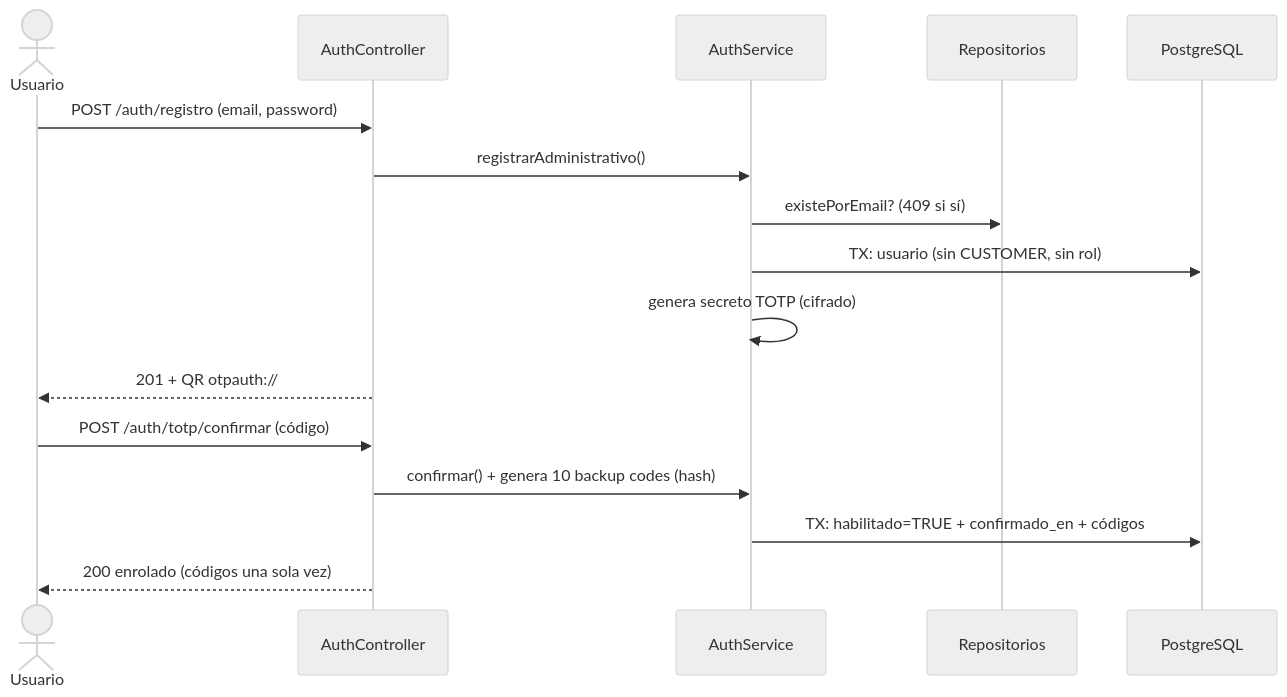
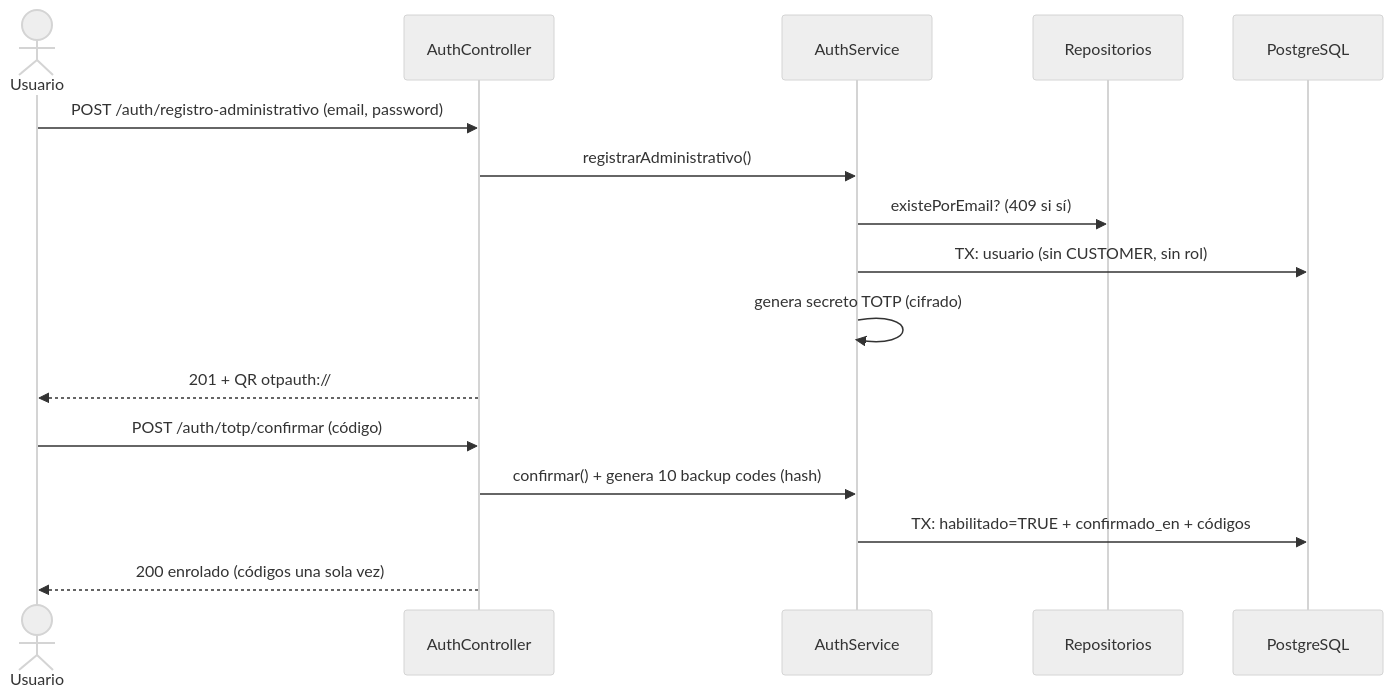
Before and after one commit to LeandroPacsiM/shopify-backend: the first of 6 diagrams in diagramas/04-secuencia-auth.md, drawn with Mermaid (neutral theme). The commit also changed other lines of this file and 11 other files, not shown here.

````diff
--- a/diagramas/04-secuencia-auth.md
+++ b/diagramas/04-secuencia-auth.md
@@ -5,19 +5,19 @@
 ```mermaid
 sequenceDiagram
     actor U as Usuario
     participant C as AuthController
     participant S as AuthService
     participant R as Repositorios
     participant D as PostgreSQL
 
-    U->>C: POST /auth/registro (email, password)
+    U->>C: POST /auth/registro-administrativo (email, password)
     C->>S: registrarAdministrativo()
     S->>R: existePorEmail? (409 si sí)
     S->>D: TX: usuario (sin CUSTOMER, sin rol)
     S->>S: genera secreto TOTP (cifrado)
     C-->>U: 201 + QR otpauth://
     U->>C: POST /auth/totp/confirmar (código)
     C->>S: confirmar() + genera 10 backup codes (hash)
     S->>D: TX: habilitado=TRUE + confirmado_en + códigos
     C-->>U: 200 enrolado (códigos una sola vez)
 ```
````
